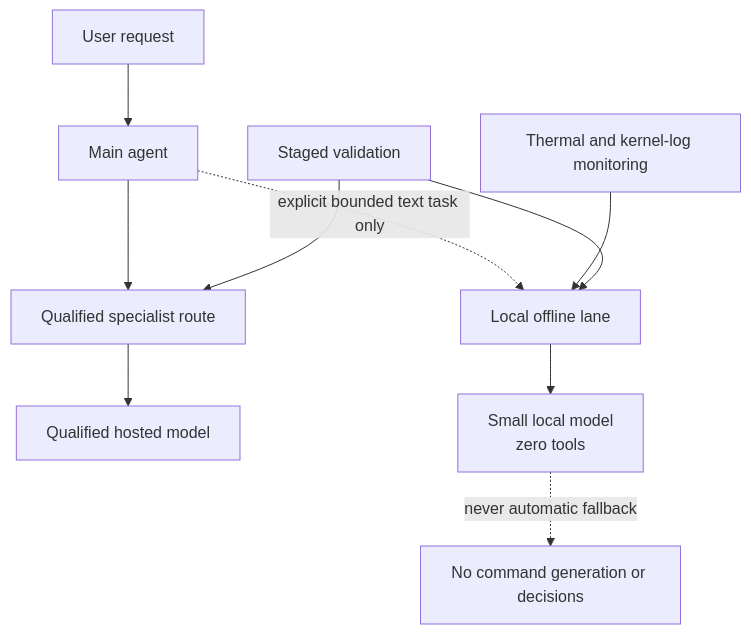
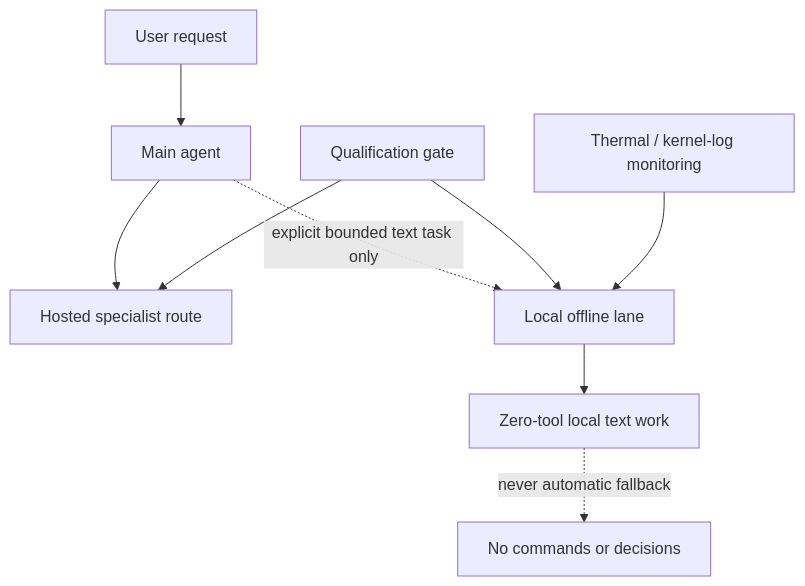
The diagram in docs/architecture.md (smilidon/macpro-openclaw-infrastructure-case-study), drawn with Mermaid before and after one commit. The commit also changed other lines of this file, not shown here.

Commit message:
docs: restructure architecture.md with routes table, failure behavior, and design principles

````diff
--- a/docs/architecture.md
+++ b/docs/architecture.md
@@ -3,12 +5,11 @@
 ```mermaid
 flowchart TD
     R[User request] --> M[Main agent]
-    M --> S[Qualified specialist route]
-    S --> H[Qualified hosted model]
-    M -. explicit bounded text task only .-> O[Local offline lane]
-    O --> L[Small local model\nzero tools]
-    L -. never automatic fallback .-> X[No command generation or decisions]
-    T[Thermal and kernel-log monitoring] --> O
-    V[Staged validation] --> S
-    V --> O
+    M --> H[Hosted specialist route]
+    M -. explicit bounded text task only .-> L[Local offline lane]
+    L --> Z[Zero-tool local text work]
+    Z -. never automatic fallback .-> X[No commands or decisions]
+    Q[Qualification gate] --> H
+    Q --> L
+    T[Thermal / kernel-log monitoring] --> L
 ```
````
